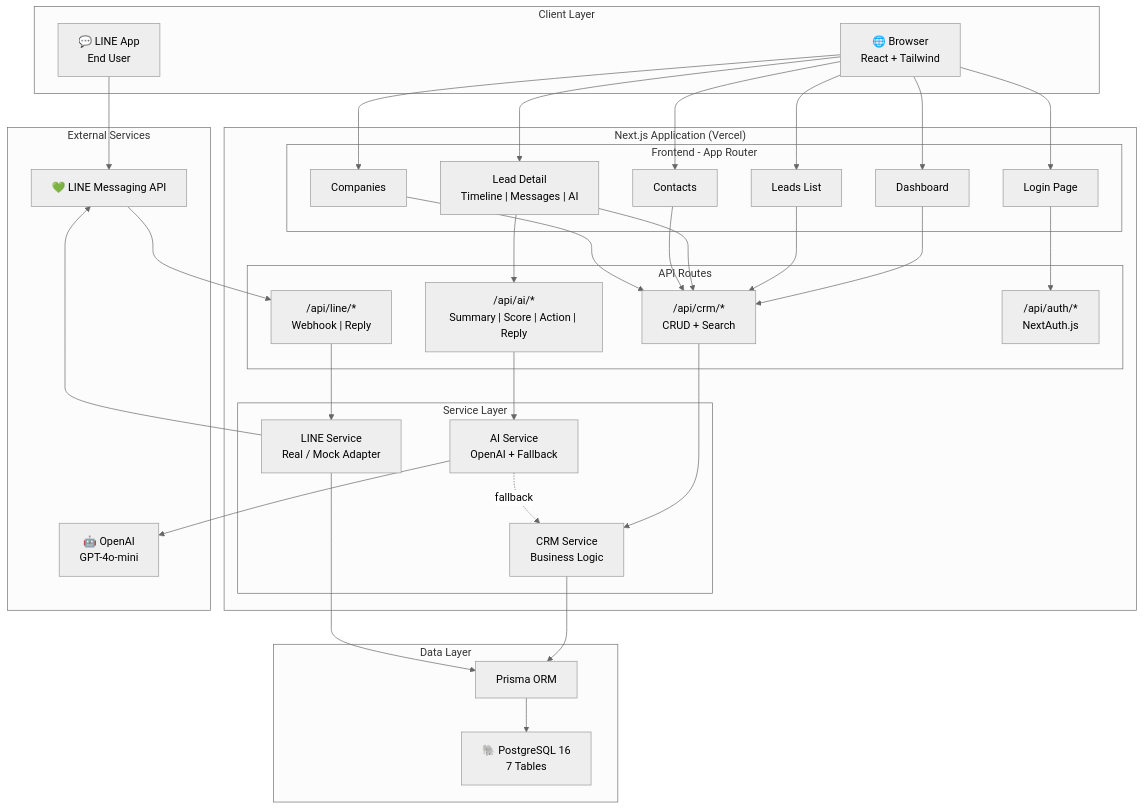
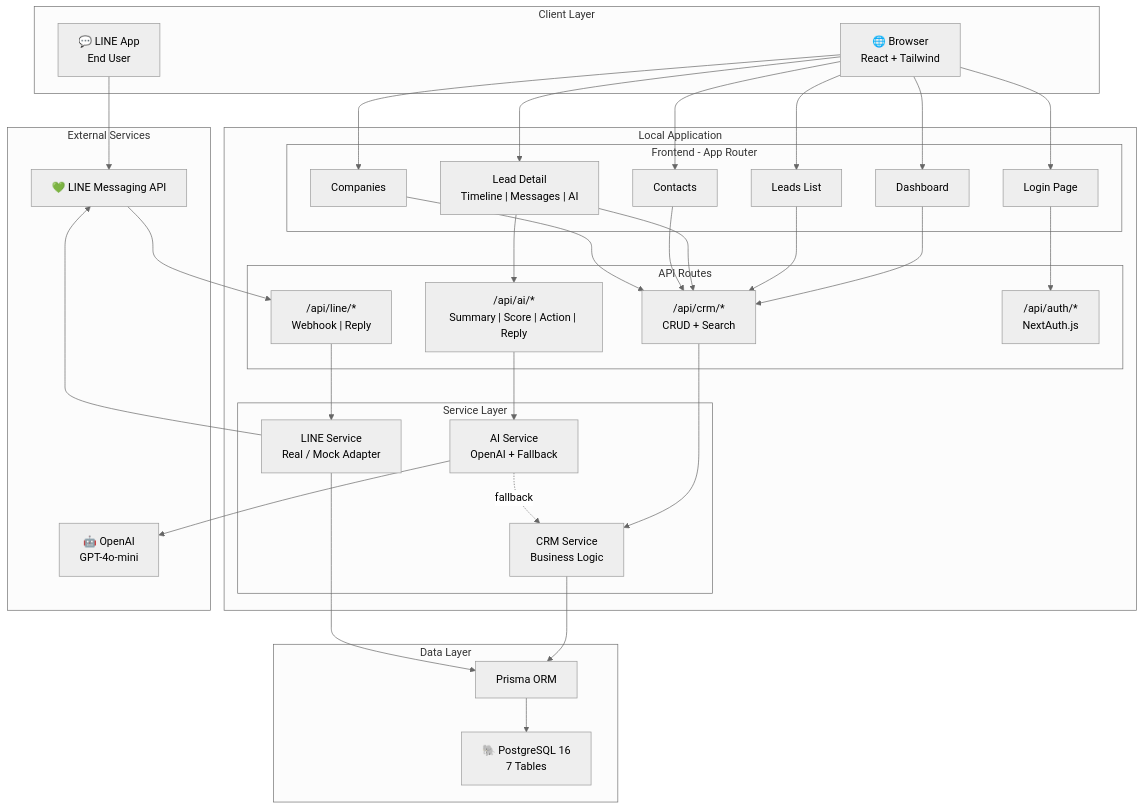
Before and after one commit to tiannys/ai-crm: the first of 3 diagrams in README.md, drawn with Mermaid (neutral theme). The commit also changed other lines of this file and 2 other files, not shown here.

Commit message:
ci: fix clean installs and document local runtime

````diff
--- a/README.md
+++ b/README.md
@@ -96,59 +96,59 @@
 ```mermaid
 graph TB
     subgraph "Client Layer"
         Browser["🌐 Browser<br/>React + Tailwind"]
         LINEAPP["💬 LINE App<br/>End User"]
     end
 
-    subgraph "Next.js Application (Vercel)"
+    subgraph "Local Application"
         subgraph "Frontend - App Router"
             Login["Login Page"]
             Dashboard["Dashboard"]
             Leads["Leads List"]
             LeadDetail["Lead Detail<br/>Timeline | Messages | AI"]
             Contacts["Contacts"]
             Companies["Companies"]
         end
 
         subgraph "API Routes"
             CRM_API["/api/crm/*<br/>CRUD + Search"]
             AI_API["/api/ai/*<br/>Summary | Score | Action | Reply"]
             LINE_API["/api/line/*<br/>Webhook | Reply"]
             AUTH_API["/api/auth/*<br/>NextAuth.js"]
         end
 
         subgraph "Service Layer"
             CRM_SVC["CRM Service<br/>Business Logic"]
             AI_SVC["AI Service<br/>OpenAI + Fallback"]
             LINE_SVC["LINE Service<br/>Real / Mock Adapter"]
         end
     end
 
     subgraph "External Services"
         OpenAI["🤖 OpenAI<br/>GPT-4o-mini"]
         LINE_MSG["💚 LINE Messaging API"]
     end
 
     subgraph "Data Layer"
         PG["🐘 PostgreSQL 16<br/>7 Tables"]
         Prisma["Prisma ORM"]
     end
 
     Browser --> Login & Dashboard & Leads & LeadDetail & Contacts & Companies
     Login --> AUTH_API
     Dashboard & Leads & LeadDetail & Contacts & Companies --> CRM_API
     LeadDetail --> AI_API
     LINEAPP --> LINE_MSG --> LINE_API
 
     CRM_API --> CRM_SVC
     AI_API --> AI_SVC
     LINE_API --> LINE_SVC
 
     CRM_SVC --> Prisma
     AI_SVC --> OpenAI
     AI_SVC -.->|fallback| CRM_SVC
     LINE_SVC --> LINE_MSG
     LINE_SVC --> Prisma
 
     Prisma --> PG
 ```
````
